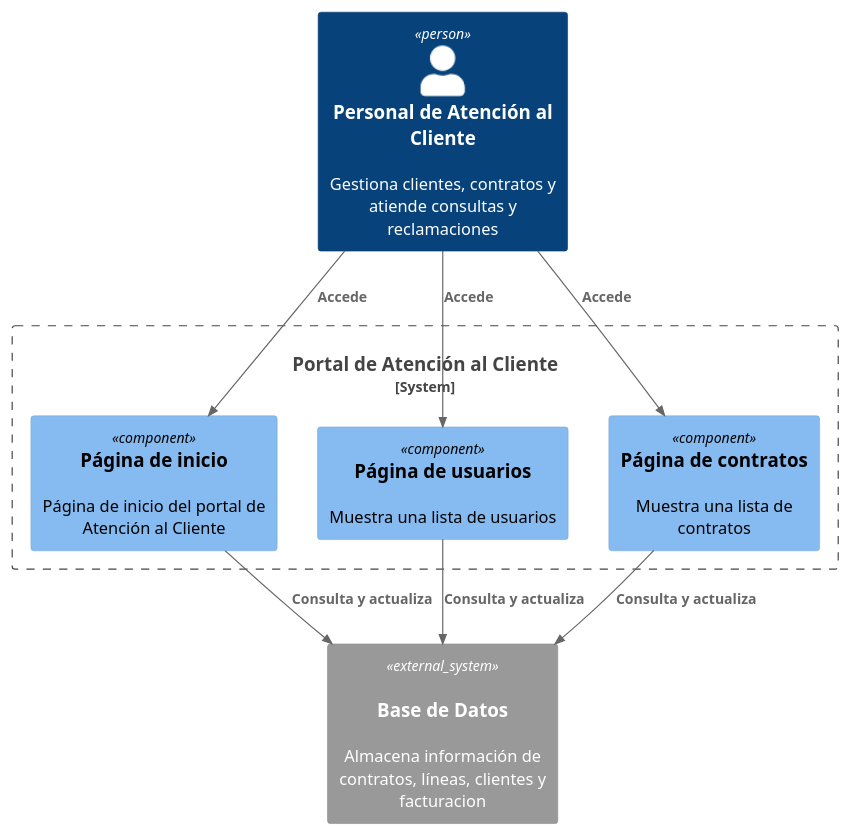
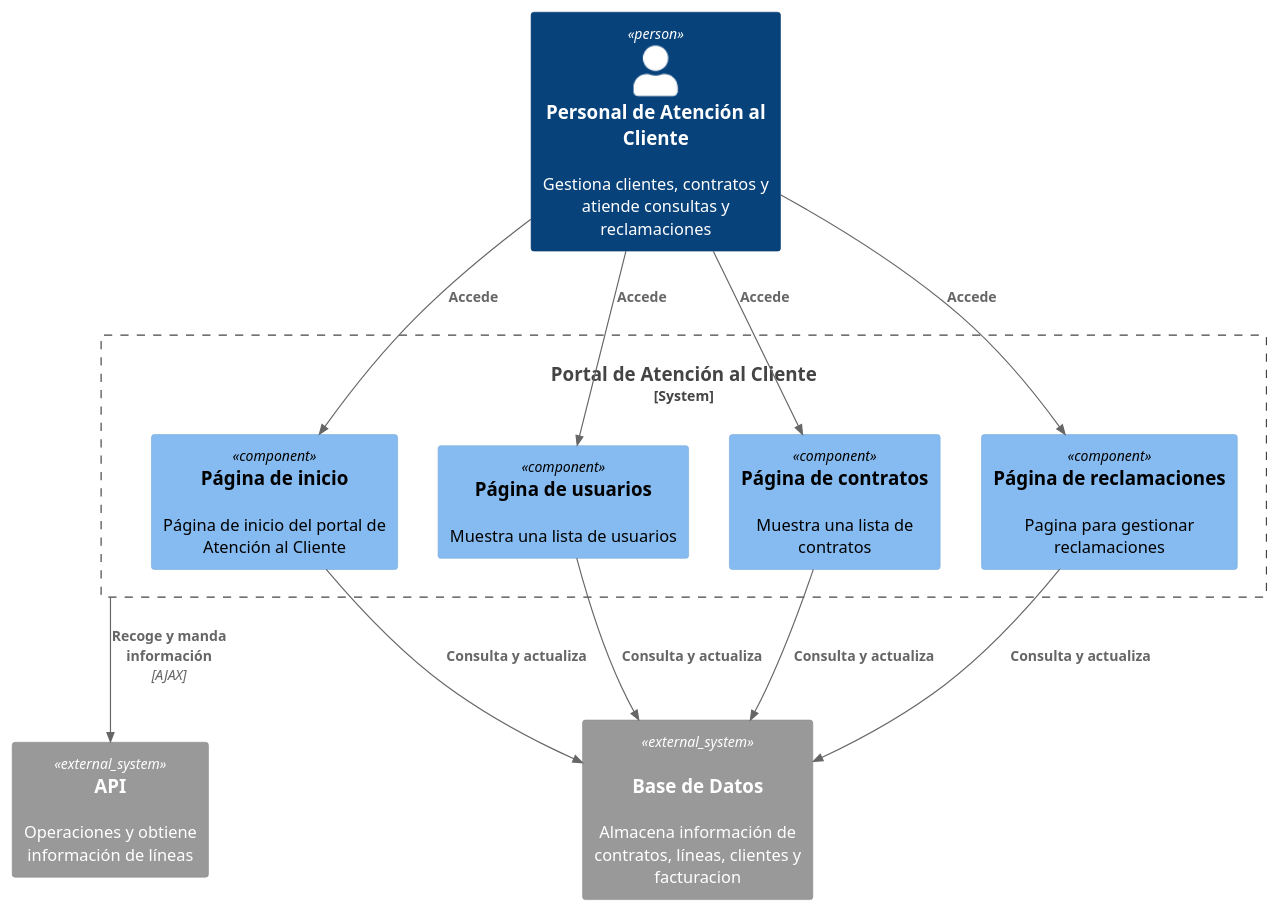
Before and after one commit to davidbp10/iw2023-2024-MovilUCA: the diagram in docs/diagrams/PAtencionClienteComponentDiagram.puml, drawn with PlantUML. The commit also changed 19 other files, not shown here.

Commit message:
Mejora de los diagramas C4

```diff
--- a/docs/diagrams/PAtencionClienteComponentDiagram.puml
+++ b/docs/diagrams/PAtencionClienteComponentDiagram.puml
@@ -1,26 +1,32 @@
 @startuml PAtencionClienteComponentDiagram
 !include https://raw.githubusercontent.com/plantuml-stdlib/C4-PlantUML/master/C4_Component.puml
 
 
 Person(atencioncliente, "Personal de Atención al Cliente", "Gestiona clientes, contratos y atiende consultas y reclamaciones")
 
 System_Boundary(pac, "Portal de Atención al Cliente", ,"Gestiona la información de clientes") {
 
         Component( pi, "Página de inicio", , "Página de inicio del portal de Atención al Cliente")
         Component( pu, "Página de usuarios", , "Muestra una lista de usuarios")
         Component( pc, "Página de contratos", , "Muestra una lista de contratos")
+        Component( pr, "Página de reclamaciones", , "Pagina para gestionar reclamaciones")
 }
 
 System_Ext(bd, "Base de Datos","Almacena información de contratos, líneas, clientes y facturacion", "MySQL")
+System_Ext(api, "API", "Operaciones y obtiene información de líneas")
 
 
 Rel(atencioncliente,pi,"Accede")
 Rel(atencioncliente,pu,"Accede")
 Rel(atencioncliente,pc,"Accede")
+Rel(atencioncliente,pr,"Accede")
+
+Rel(pac,api,"Recoge y manda información","AJAX")
 
 Rel(pi, bd, "Consulta y actualiza")
 Rel(pu, bd, "Consulta y actualiza")
 Rel(pc, bd, "Consulta y actualiza")
+Rel(pr, bd, "Consulta y actualiza")
 
 
 @enduml
```
